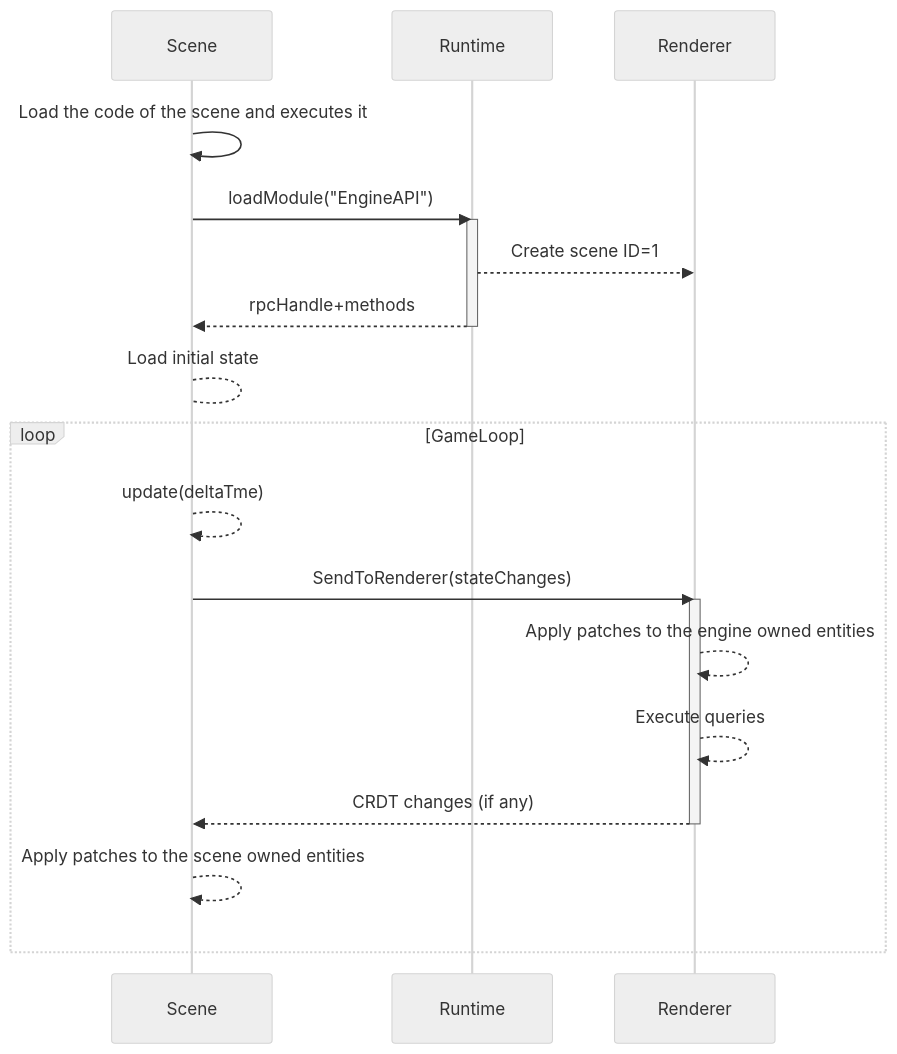
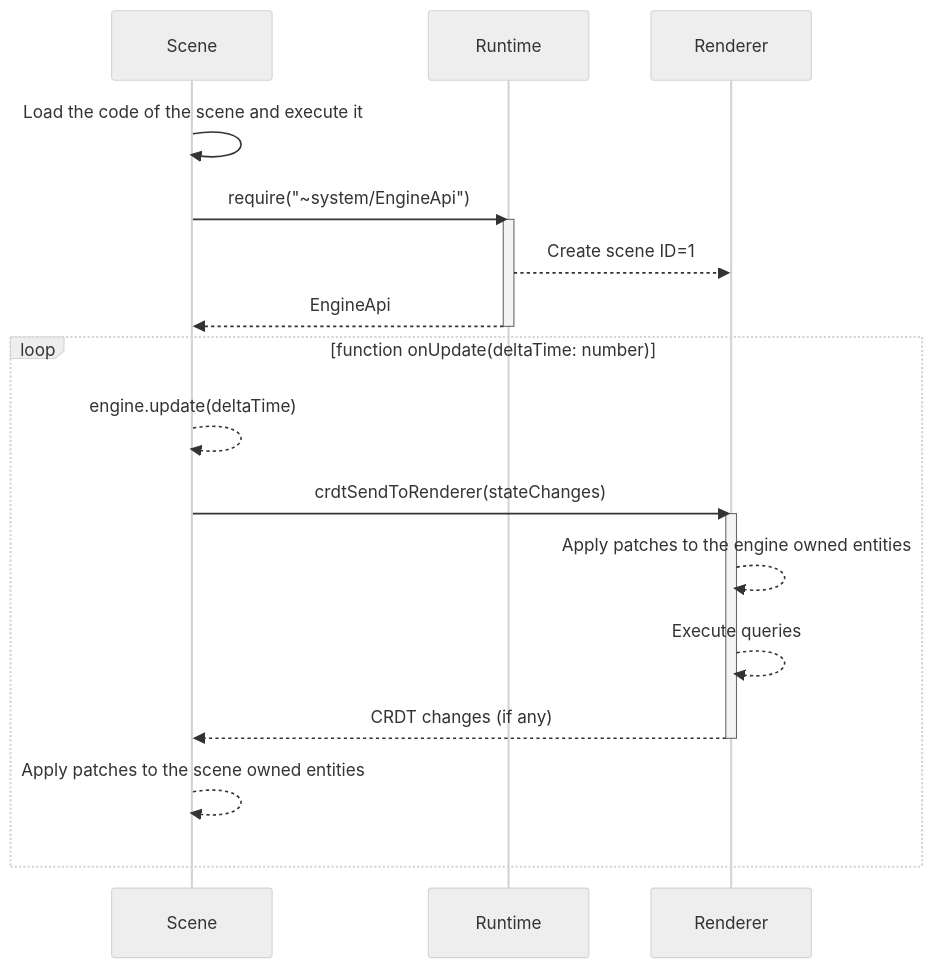
Before and after one commit to decentraland/adr: the second of 2 diagrams in content/ADR-133-scene-runtime.md, drawn with Mermaid (neutral theme). The commit also changed other lines of this file, not shown here.

First line of the commit message:
ADR-133: adapt scene runtime to CommonJS (#141)

````diff
--- a/content/ADR-133-scene-runtime.md
+++ b/content/ADR-133-scene-runtime.md
@@ -90,27 +93,25 @@
 ```mermaid
 sequenceDiagram
   participant S as Scene
   participant K as Runtime
   participant R as Renderer
 
-  S->>S: Load the code of the scene and executes it
+  S->>S: Load the code of the scene and execute it
 
-  S->>K: loadModule("EngineAPI")
+  S->>K: require("~system/EngineApi")
   activate K
   K-->>R: Create scene ID=1
-  K-->>S: rpcHandle+methods
+  K-->>S: EngineApi
   deactivate K
 
-  S-->S: Load initial state
-
-  loop GameLoop
-    S-->>S: update(deltaTme)
-    S->>R: SendToRenderer(stateChanges)
+  loop function onUpdate(deltaTime: number)
+    S-->>S: engine.update(deltaTime)
+    S->>R: crdtSendToRenderer(stateChanges)
     activate R
     R-->>R: Apply patches to the engine owned entities
     R-->>R: Execute queries
     R-->>S: CRDT changes (if any)
     deactivate R
     S-->>S: Apply patches to the scene owned entities
   end
 ```
````
